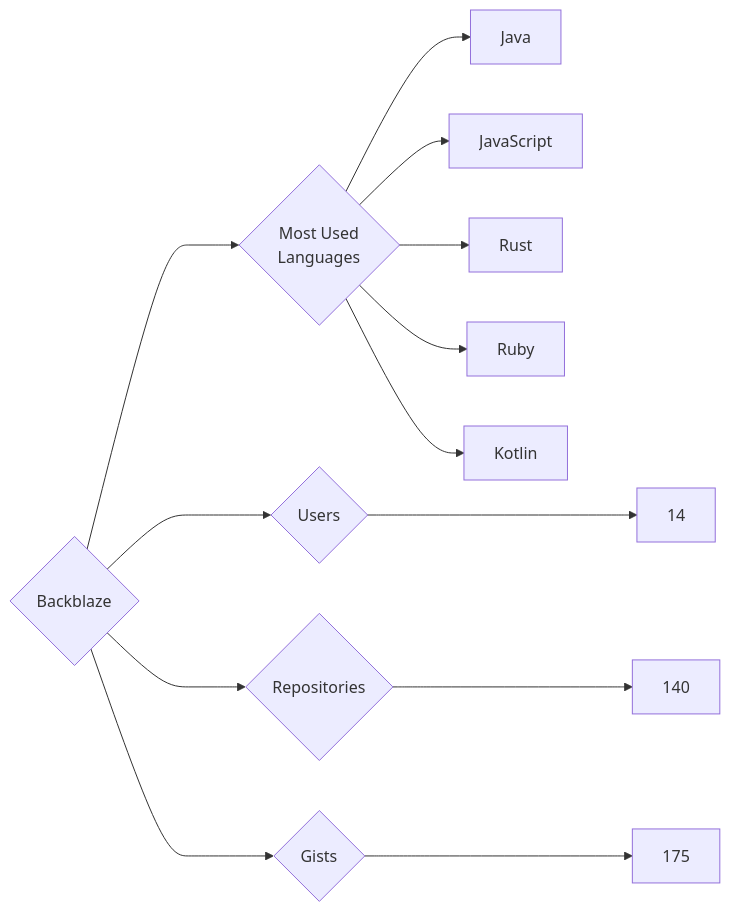
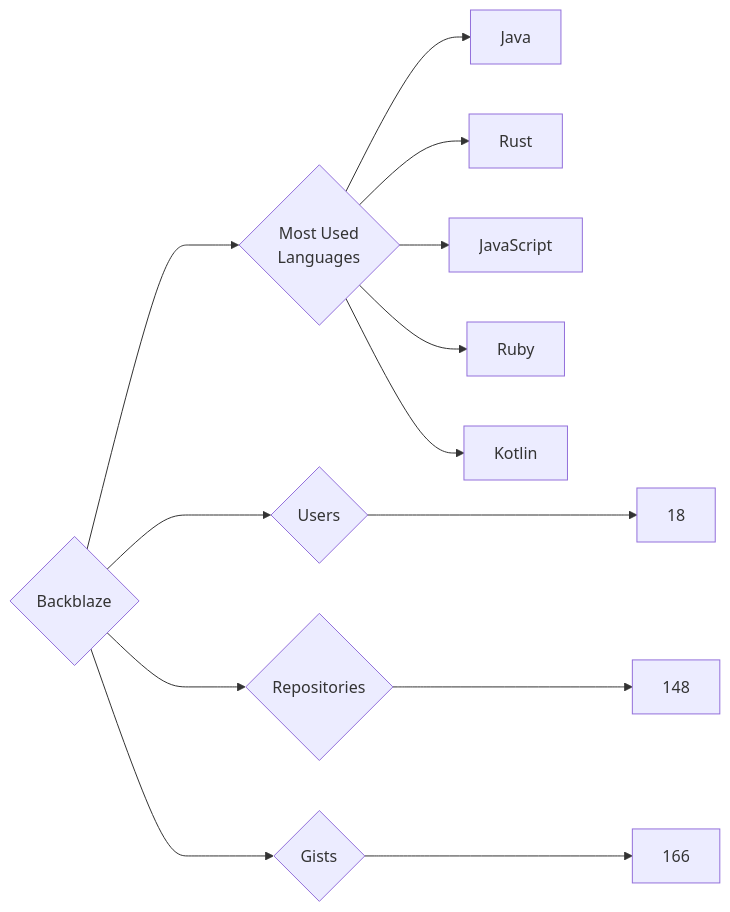
The diagram in targets/Backblaze/README.md (trickest/insiders), drawn with Mermaid before and after one commit. The commit also changed 715 other files, not shown here.

````diff
--- a/targets/Backblaze/README.md
+++ b/targets/Backblaze/README.md
@@ -3,13 +3,13 @@
 ```mermaid
 graph LR
 COMPANY_NAME{Backblaze}
-COMPANY_NAME ---> U{Users} ---> UN[14]
-COMPANY_NAME ---> R{Repositories} ---> RN[140]
-COMPANY_NAME ---> G{Gists} ---> GN[175]
+COMPANY_NAME ---> U{Users} ---> UN[18]
+COMPANY_NAME ---> R{Repositories} ---> RN[148]
+COMPANY_NAME ---> G{Gists} ---> GN[166]
 COMPANY_NAME ---> ML{Most Used<br>Languages}
 ML --> Java[Java]
+ML --> Rust[Rust]
 ML --> JavaScript[JavaScript]
-ML --> Rust[Rust]
 ML --> Ruby[Ruby]
 ML --> Kotlin[Kotlin]
 ```
````
